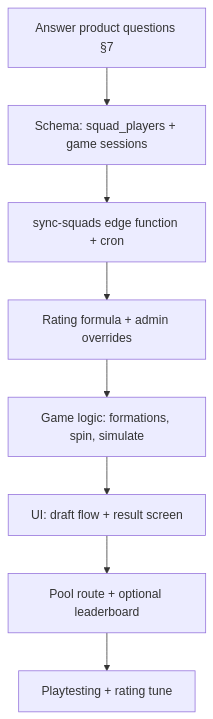
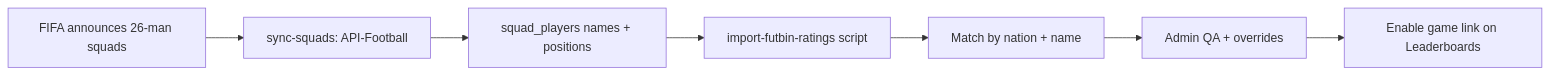
One commit to NFernie/World-Cup-2026---Cooper changed the diagram in docs/WORLD-CUP-XI-GAME-PLAN.md. Above: the diagram before and after it, drawn with Mermaid. The commit also changed other lines of this file, not shown here.

Commit message:
docs: lock WC Spin Draft decisions (FUTBIN ratings, banter share)

````diff
--- a/docs/WORLD-CUP-XI-GAME-PLAN.md
+++ b/docs/WORLD-CUP-XI-GAME-PLAN.md
@@ -318,10 +181,9 @@
 ```mermaid
-flowchart TD
-  A[Answer product questions §7] --> B[Schema: squad_players + game sessions]
-  B --> C[sync-squads edge function + cron]
-  C --> D[Rating formula + admin overrides]
-  D --> E[Game logic: formations, spin, simulate]
-  E --> F[UI: draft flow + result screen]
-  F --> G[Pool route + optional leaderboard]
-  G --> H[Playtesting + rating tune]
+flowchart LR
+  A[FIFA announces 26-man squads] --> B[sync-squads: API-Football]
+  B --> C[squad_players names + positions]
+  C --> D[import-futbin-ratings script]
+  D --> E[Match by nation + name]
+  E --> F[Admin QA + overrides]
+  F --> G[Enable game link on Leaderboards]
 ```
````
